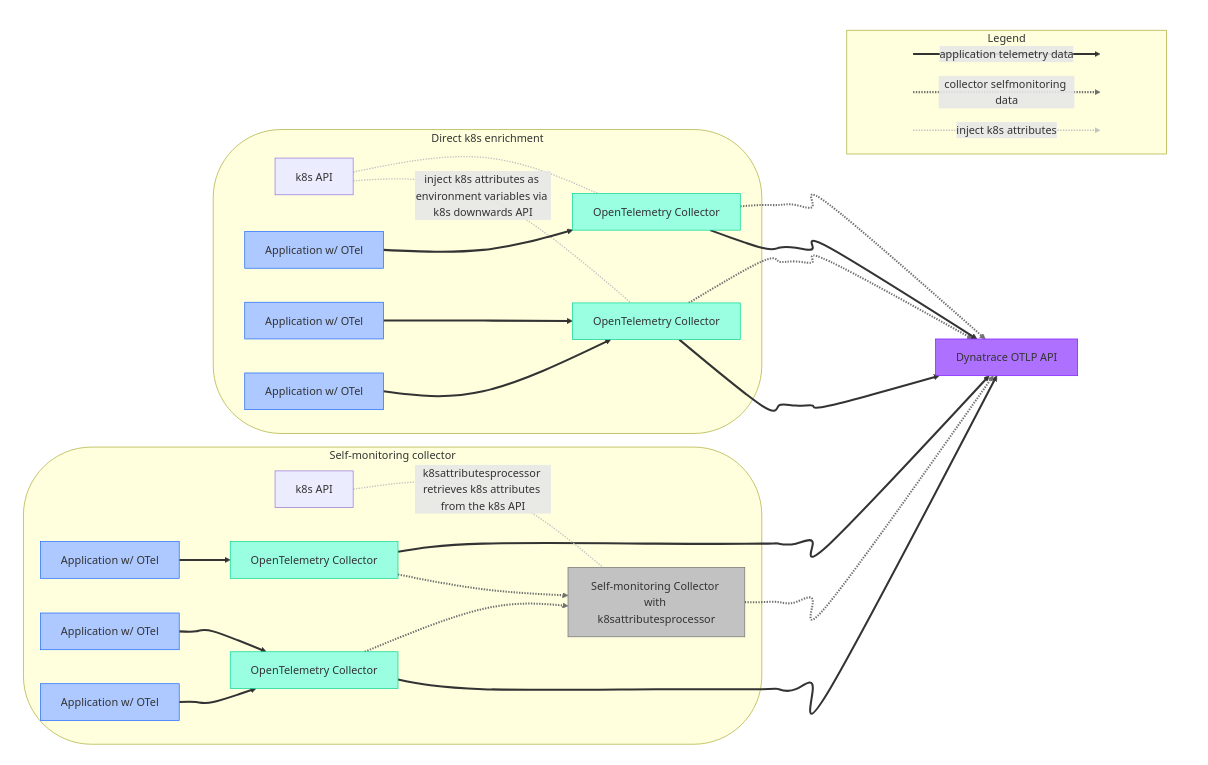
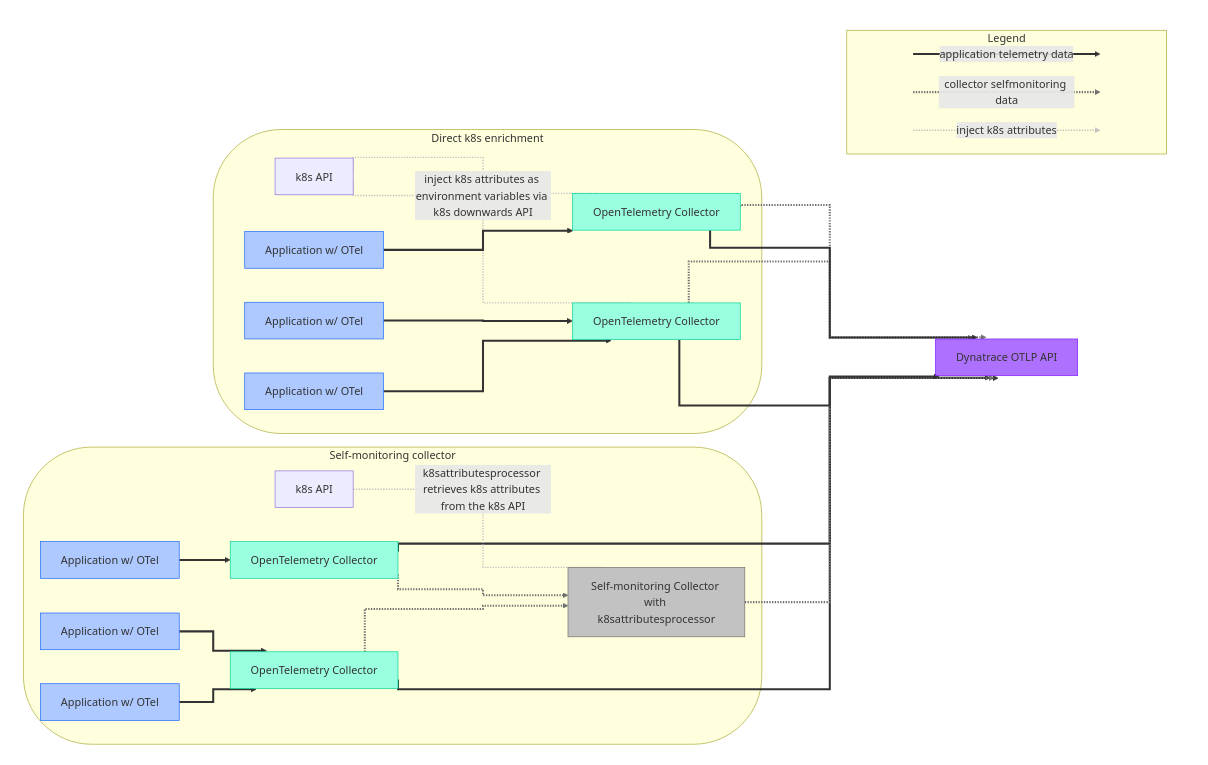
The diagram in docs/dashboards/README.md (Dynatrace/dynatrace-otel-collector), drawn with Mermaid before and after one commit.

Commit message:
try curve style

````diff
--- a/docs/dashboards/README.md
+++ b/docs/dashboards/README.md
@@ -97,5 +97,5 @@
 ```mermaid
-%%{ init: { 'flowchart': { 'curve': 'natural' } } }%%
+%%{ init: { 'flowchart': { 'curve': 'stepBefore' } } }%%
 flowchart LR
     subgraph alignOthersSg[" "]
         subgraph dtOtlpApi[" "]
````
